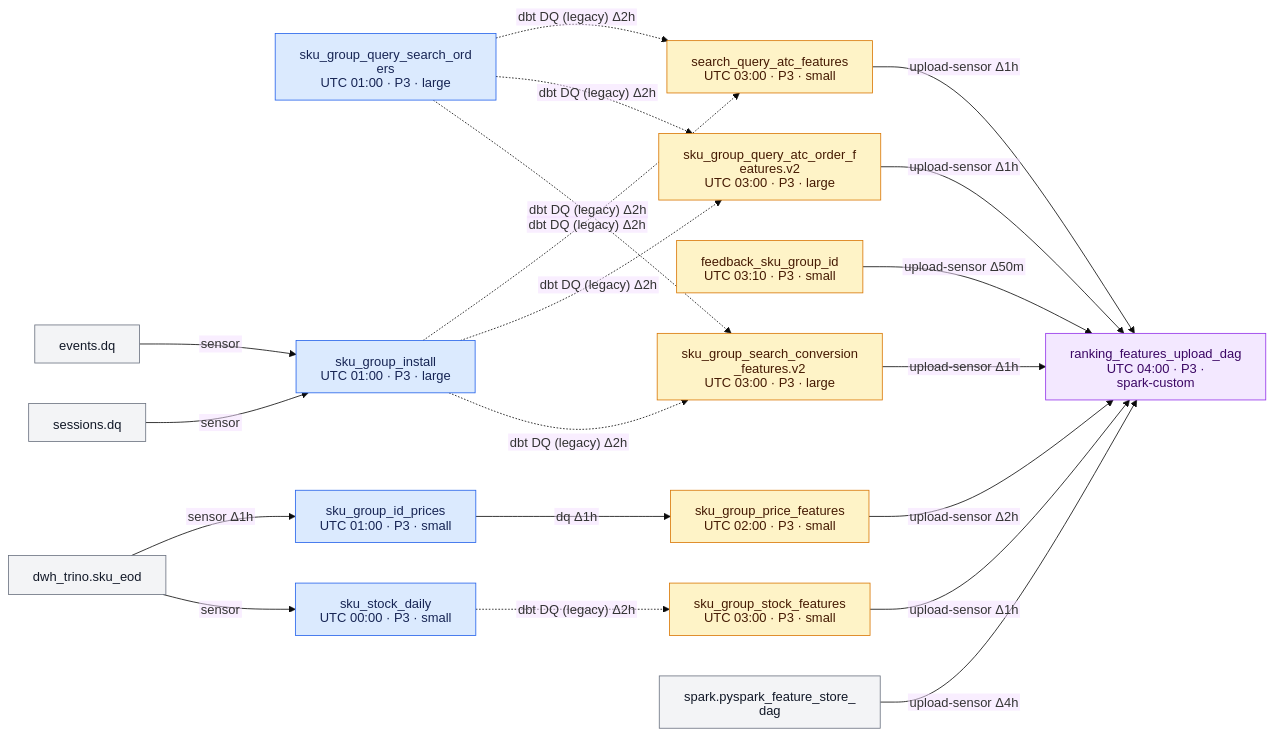
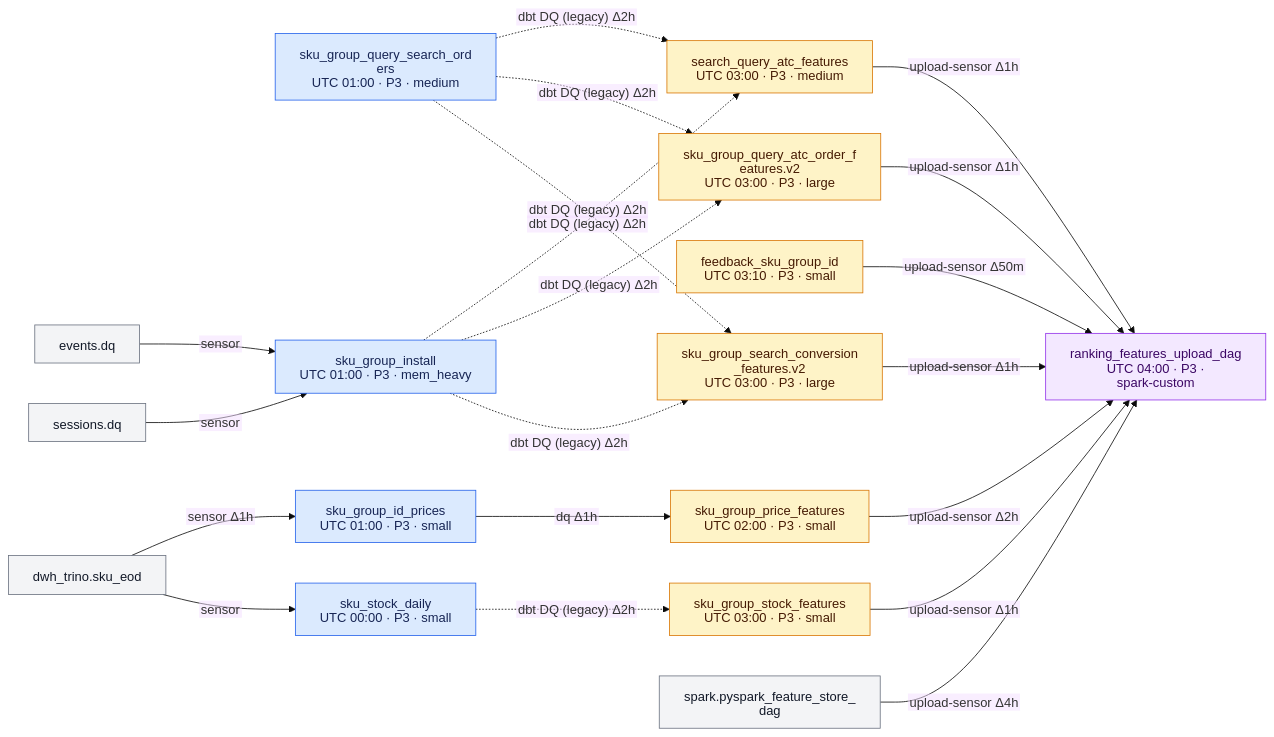
Before and after one commit to DayMarket/ml-feature-platform: the first of 7 diagrams in docs/feature_platform_map.md, drawn with Mermaid (base theme). The commit also changed other lines of this file and 7 other files, not shown here.

````diff
--- a/docs/feature_platform_map.md
+++ b/docs/feature_platform_map.md
@@ -33,58 +33,58 @@
 ```mermaid
 %%{init: {"flowchart": {"wrappingWidth": 220}, "htmlLabels": false, "markdownAutoWrap": false}}%%
 flowchart LR
     d0["`search_query_atc_features
-UTC 03:00 · P3 · small`"]
+UTC 03:00 · P3 · medium`"]
     d1["`sku_group_query_atc_order_features.v2
 UTC 03:00 · P3 · large`"]
     d2["`feedback_sku_group_id
 UTC 03:10 · P3 · small`"]
     d3["`sku_group_price_features
 UTC 02:00 · P3 · small`"]
     d4["`sku_group_search_conversion_features.v2
 UTC 03:00 · P3 · large`"]
     d5["`sku_group_stock_features
 UTC 03:00 · P3 · small`"]
     d6["`sku_group_query_search_orders
-UTC 01:00 · P3 · large`"]
+UTC 01:00 · P3 · medium`"]
     d7["`sku_group_id_prices
 UTC 01:00 · P3 · small`"]
     d8["`sku_group_install
-UTC 01:00 · P3 · large`"]
+UTC 01:00 · P3 · mem_heavy`"]
     d9["`sku_stock_daily
 UTC 00:00 · P3 · small`"]
     d10["`ranking_features_upload_dag
 UTC 04:00 · P3 · spark-custom`"]
     x0["dwh_trino.sku_eod"]
     x1["events.dq"]
     x2["sessions.dq"]
     x3["spark.pyspark_feature_store_dag"]
     d6 -.->|"dbt DQ (legacy) Δ2h"| d0
     d8 -.->|"dbt DQ (legacy) Δ2h"| d0
     d6 -.->|"dbt DQ (legacy) Δ2h"| d1
     d8 -.->|"dbt DQ (legacy) Δ2h"| d1
     d7 -->|"dq Δ1h"| d3
     d6 -.->|"dbt DQ (legacy) Δ2h"| d4
     d8 -.->|"dbt DQ (legacy) Δ2h"| d4
     d9 -.->|"dbt DQ (legacy) Δ2h"| d5
     x0 -->|"sensor Δ1h"| d7
     x1 -->|"sensor"| d8
     x2 -->|"sensor"| d8
     x0 -->|"sensor"| d9
     d0 -->|"upload-sensor Δ1h"| d10
     d1 -->|"upload-sensor Δ1h"| d10
     d2 -->|"upload-sensor Δ50m"| d10
     d3 -->|"upload-sensor Δ2h"| d10
     d4 -->|"upload-sensor Δ1h"| d10
     d5 -->|"upload-sensor Δ1h"| d10
     x3 -->|"upload-sensor Δ4h"| d10
     class d6,d7,d8,d9 silver
     class d0,d1,d2,d3,d4,d5 gold
     class d10 upload
     class x0,x1,x2,x3 external
     classDef silver fill:#dbeafe,stroke:#2563eb,color:#172554
     classDef gold fill:#fef3c7,stroke:#d97706,color:#451a03
     classDef datasets fill:#dcfce7,stroke:#16a34a,color:#052e16
     classDef upload fill:#f3e8ff,stroke:#9333ea,color:#3b0764
     classDef external fill:#f3f4f6,stroke:#6b7280,color:#111827
 ```
````
